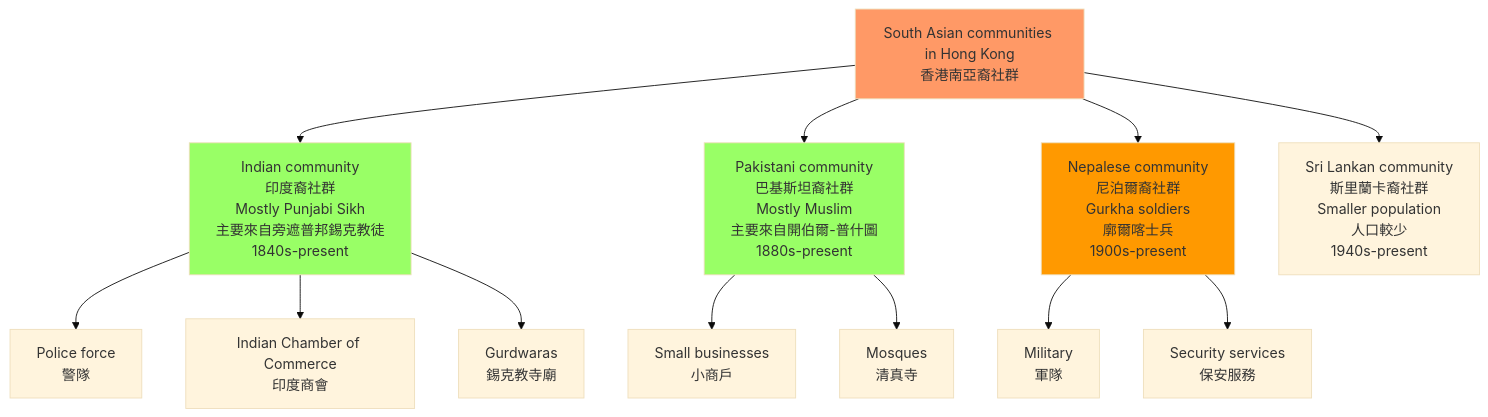
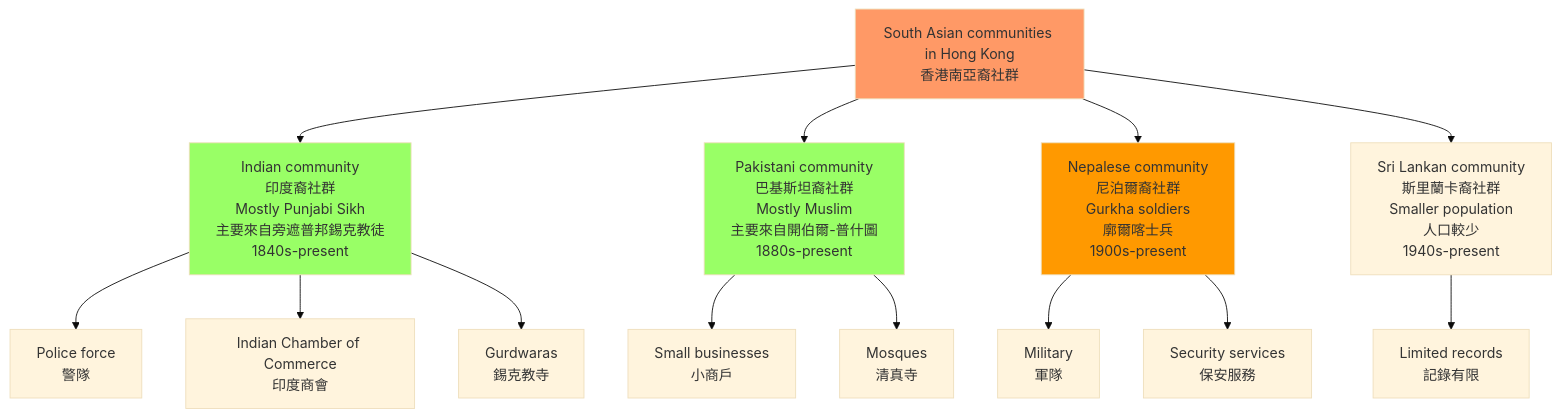
One commit to yip-lgtm/HKU-Harvard-History-Self-Study changed the second of 5 diagrams in 01_HKU_Courses/HIST4038_Migration_and_Archives.md. Above: the diagram before and after it, drawn with Mermaid (base theme). The commit also changed other lines of this file and 22 other files, not shown here.

````diff
--- a/01_HKU_Courses/HIST4038_Migration_and_Archives.md
+++ b/01_HKU_Courses/HIST4038_Migration_and_Archives.md
@@ -118,22 +201,24 @@
 ```mermaid
 graph TD
     A[South Asian communities in Hong Kong<br/>香港南亞裔社群] --> B[Indian community<br/>印度裔社群<br/>Mostly Punjabi Sikh<br/>主要來自旁遮普邦錫克教徒<br/>1840s-present]
     A --> C[Pakistani community<br/>巴基斯坦裔社群<br/>Mostly Muslim<br/>主要來自開伯爾-普什圖<br/>1880s-present]
     A --> D[Nepalese community<br/>尼泊爾裔社群<br/>Gurkha soldiers<br/>廓爾喀士兵<br/>1900s-present]
     A --> E[Sri Lankan community<br/>斯里蘭卡裔社群<br/>Smaller population<br/>人口較少<br/>1940s-present]
     
     B --> B1[Police force<br/>警隊]
     B --> B2[Indian Chamber of Commerce<br/>印度商會]
-    B --> B3[Gurdwaras<br/>錫克教寺廟]
+    B --> B3[Gurdwaras<br/>錫克教寺]
     
     C --> C1[Small businesses<br/>小商戶]
     C --> C2[Mosques<br/>清真寺]
     
     D --> D1[Military<br/>軍隊]
     D --> D2[Security services<br/>保安服務]
     
+    E --> E1[Limited records<br/>記錄有限]
+    
     style A fill:#f96
     style B fill:#9f6
     style C fill:#9f6
     style D fill:#f90
 ```
````
